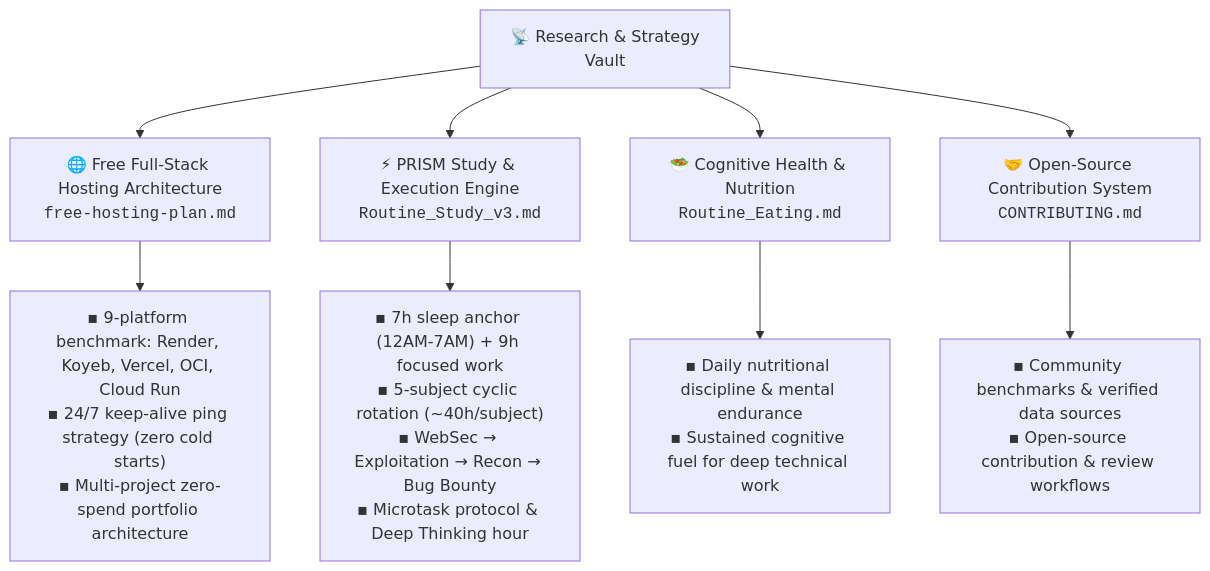
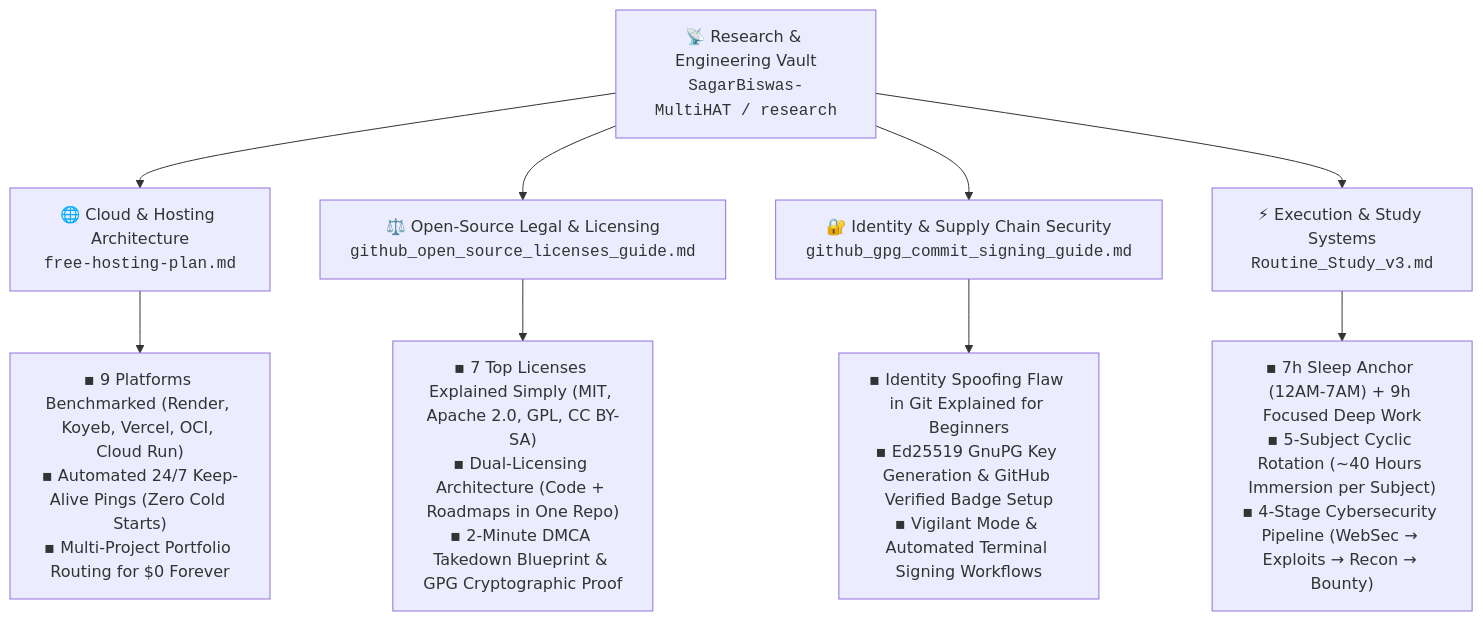
One commit to SagarBiswas-MultiHAT/developer-survival-kit changed the diagram in README.md. Above: the diagram before and after it, drawn with Mermaid. The commit also changed other lines of this file and 11 other files, not shown here.

First line of the commit message:
docs: establish dual-licensing architecture and overhaul repository showcase

````diff
--- a/README.md
+++ b/README.md
@@ -35,14 +92,14 @@
 ```mermaid
 flowchart TD
-    Vault["📡 Research & Strategy<br/>Vault"]
+    Vault["📡 Research & Engineering Vault<br/><code>SagarBiswas-MultiHAT / research</code>"]
 
-    Vault --> Hosting["🌐 Free Full-Stack Hosting Architecture<br/><code>free-hosting-plan.md</code>"]
-    Vault --> Prism["⚡ PRISM Study & Execution Engine<br/><code>Routine_Study_v3.md</code>"]
-    Vault --> Health["🥗 Cognitive Health & Nutrition<br/><code>Routine_Eating.md</code>"]
-    Vault --> OpenSource["🤝 Open-Source Contribution System<br/><code>CONTRIBUTING.md</code>"]
+    Vault --> Cloud["🌐 Cloud & Hosting Architecture<br/><code>free-hosting-plan.md</code>"]
+    Vault --> Legal["⚖️ Open-Source Legal & Licensing<br/><code>github_open_source_licenses_guide.md</code>"]
+    Vault --> Sec["🔐 Identity & Supply Chain Security<br/><code>github_gpg_commit_signing_guide.md</code>"]
+    Vault --> Execution["⚡ Execution & Study Systems<br/><code>Routine_Study_v3.md</code>"]
 
-    Hosting --> HostingDetail["▪ 9-platform benchmark: Render, Koyeb, Vercel, OCI, Cloud Run<br/>▪ 24/7 keep-alive ping strategy (zero cold starts)<br/>▪ Multi-project zero-spend portfolio architecture"]
-    Prism --> PrismDetail["▪ 7h sleep anchor (12AM-7AM) + 9h focused work<br/>▪ 5-subject cyclic rotation (~40h/subject)<br/>▪ WebSec → Exploitation → Recon → Bug Bounty<br/>▪ Microtask protocol & Deep Thinking hour"]
-    Health --> HealthDetail["▪ Daily nutritional discipline & mental endurance<br/>▪ Sustained cognitive fuel for deep technical work"]
-    OpenSource --> OpenSourceDetail["▪ Community benchmarks & verified data sources<br/>▪ Open-source contribution & review workflows"]
+    Cloud --> C1["▪ 9 Platforms Benchmarked (Render, Koyeb, Vercel, OCI, Cloud Run)<br/>▪ Automated 24/7 Keep-Alive Pings (Zero Cold Starts)<br/>▪ Multi-Project Portfolio Routing for $0 Forever"]
+    Legal --> L1["▪ 7 Top Licenses Explained Simply (MIT, Apache 2.0, GPL, CC BY-SA)<br/>▪ Dual-Licensing Architecture (Code + Roadmaps in One Repo)<br/>▪ 2-Minute DMCA Takedown Blueprint & GPG Cryptographic Proof"]
+    Sec --> S1["▪ Identity Spoofing Flaw in Git Explained for Beginners<br/>▪ Ed25519 GnuPG Key Generation & GitHub Verified Badge Setup<br/>▪ Vigilant Mode & Automated Terminal Signing Workflows"]
+    Execution --> E1["▪ 7h Sleep Anchor (12AM-7AM) + 9h Focused Deep Work<br/>▪ 5-Subject Cyclic Rotation (~40 Hours Immersion per Subject)<br/>▪ 4-Stage Cybersecurity Pipeline (WebSec → Exploits → Recon → Bounty)"]
 ```
````
